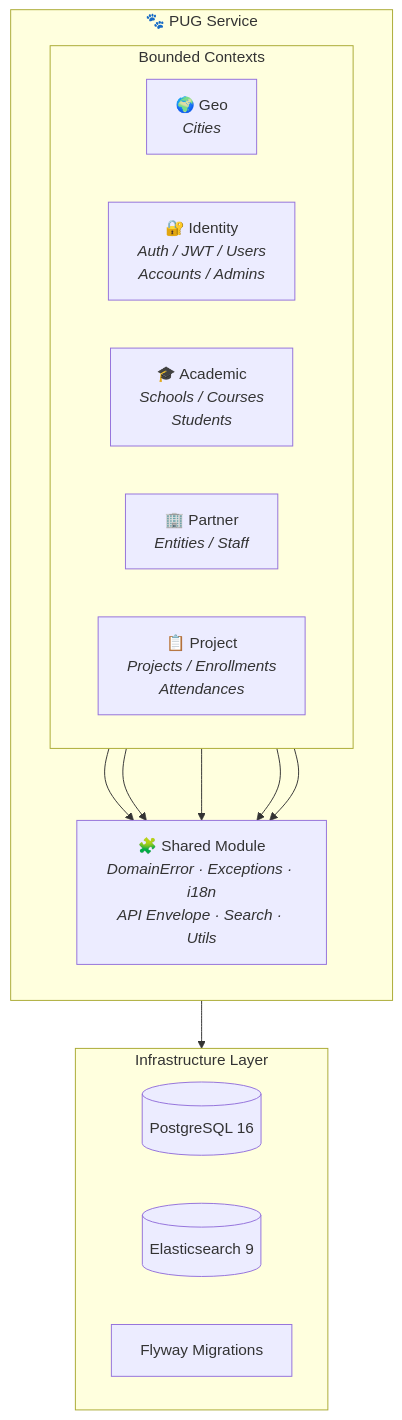
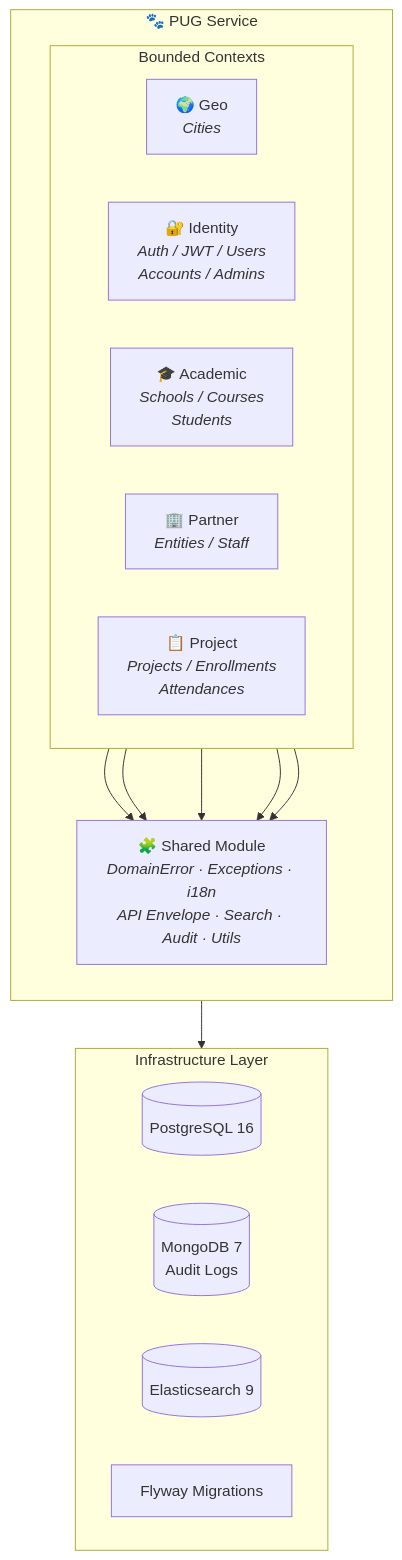
One commit to Plataforma-Universidade-Gratuita/pug-service changed the second of 6 diagrams in README.md. Above: the diagram before and after it, drawn with Mermaid. The commit also changed other lines of this file and 31 other files, not shown here.

````diff
--- a/README.md
+++ b/README.md
@@ -65,31 +74,32 @@
 ```mermaid
 graph TB
     subgraph PUG["🐾 PUG Service"]
         direction TB
         subgraph Modules["Bounded Contexts"]
             direction LR
             GEO["🌍 Geo<br/><i>Cities</i>"]
             IDENTITY["🔐 Identity<br/><i>Auth / JWT / Users<br/>Accounts / Admins</i>"]
             ACADEMIC["🎓 Academic<br/><i>Schools / Courses<br/>Students</i>"]
             PARTNER["🏢 Partner<br/><i>Entities / Staff</i>"]
             PROJECT["📋 Project<br/><i>Projects / Enrollments<br/>Attendances</i>"]
         end
 
-        SHARED["🧩 Shared Module<br/><i>DomainError · Exceptions · i18n<br/>API Envelope · Search · Utils</i>"]
+        SHARED["🧩 Shared Module<br/><i>DomainError · Exceptions · i18n<br/>API Envelope · Search · Audit · Utils</i>"]
 
         GEO --> SHARED
         IDENTITY --> SHARED
         ACADEMIC --> SHARED
         PARTNER --> SHARED
         PROJECT --> SHARED
     end
 
     subgraph Infra["Infrastructure Layer"]
         direction LR
         PG[("PostgreSQL 16")]
+        MONGO[("MongoDB 7<br/>Audit Logs")]
         ES[("Elasticsearch 9")]
         FW["Flyway Migrations"]
     end
 
     SHARED --> Infra
 ```
````
